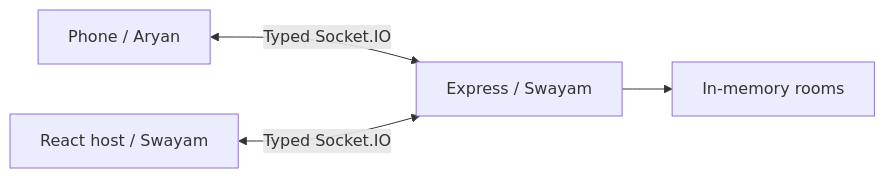
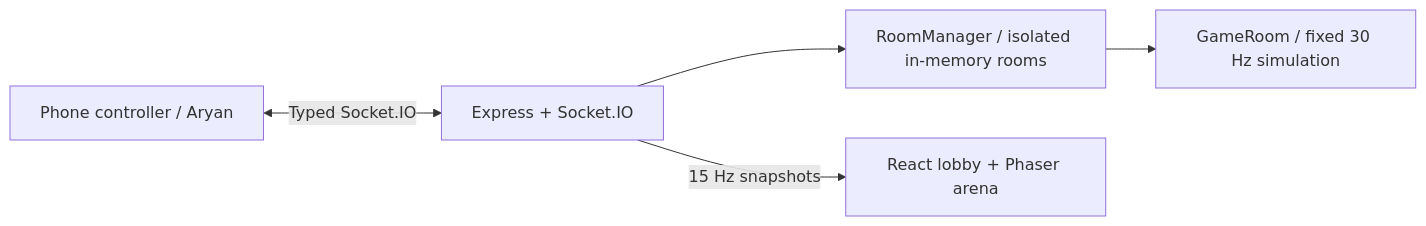
One commit to SwayamKandoi/CrownFall changed the diagram in README.md. Above: the diagram before and after it, drawn with Mermaid. The commit also changed other lines of this file and 15 other files, not shown here.

Commit message:
Add authoritative multiplayer movement and Phaser host arena

````diff
--- a/README.md
+++ b/README.md
@@ -25,6 +27,7 @@
 ```mermaid
 flowchart LR
-  Phone[Phone / Aryan] <-->|Typed Socket.IO| Server[Express / Swayam]
-  Host[React host / Swayam] <-->|Typed Socket.IO| Server
-  Server --> Rooms[In-memory rooms]
+  Phone[Phone controller / Aryan] <-->|Typed Socket.IO| Server[Express + Socket.IO]
+  Server --> Rooms[RoomManager / isolated in-memory rooms]
+  Rooms --> Game[GameRoom / fixed 30 Hz simulation]
+  Server -->|15 Hz snapshots| Host[React lobby + Phaser arena]
 ```
````
